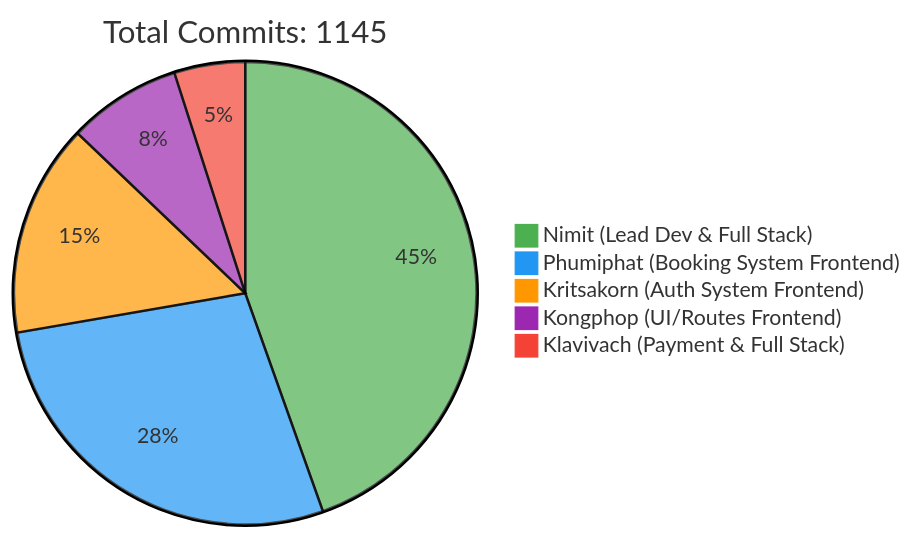
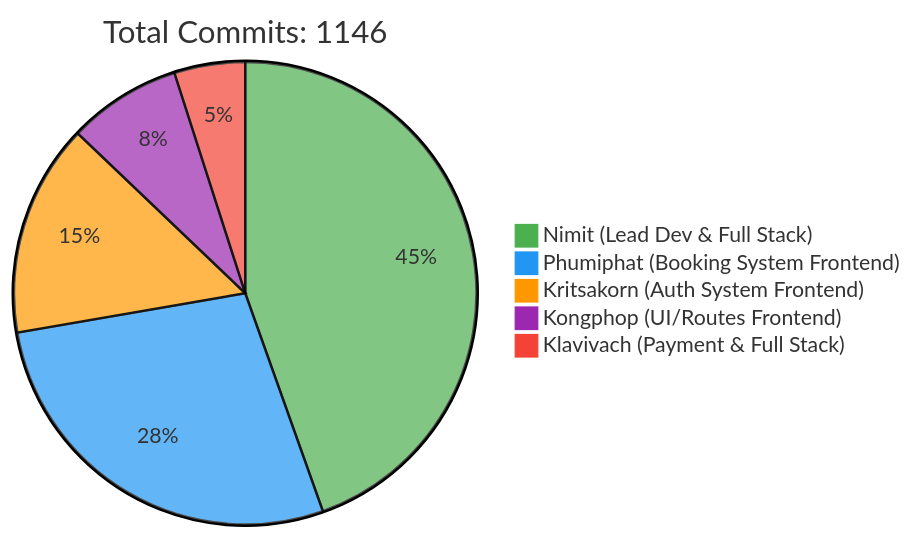
The first of 2 diagrams in README.md (6531503042/Sport-Complex), drawn with Mermaid before and after one commit. The commit also changed other lines of this file, not shown here.

Commit message:
docs: Update contributor statistics [skip ci]

````diff
--- a/README.md
+++ b/README.md
@@ -257,10 +257,10 @@
 ```mermaid
 %%{init: {'theme': 'base', 'themeVariables': { 'pie1': '#4CAF50', 'pie2': '#2196F3', 'pie3': '#FF9800', 'pie4': '#9C27B0', 'pie5': '#F44336'}}}%%
 pie
-    title Total Commits: 1145
+    title Total Commits: 1146
     "Nimit (Lead Dev & Full Stack)" : 450
     "Phumiphat (Booking System Frontend)" : 280
     "Kritsakorn (Auth System Frontend)" : 150
     "Kongphop (UI/Routes Frontend)" : 80
     "Klavivach (Payment & Full Stack)" : 50
 ```
````
